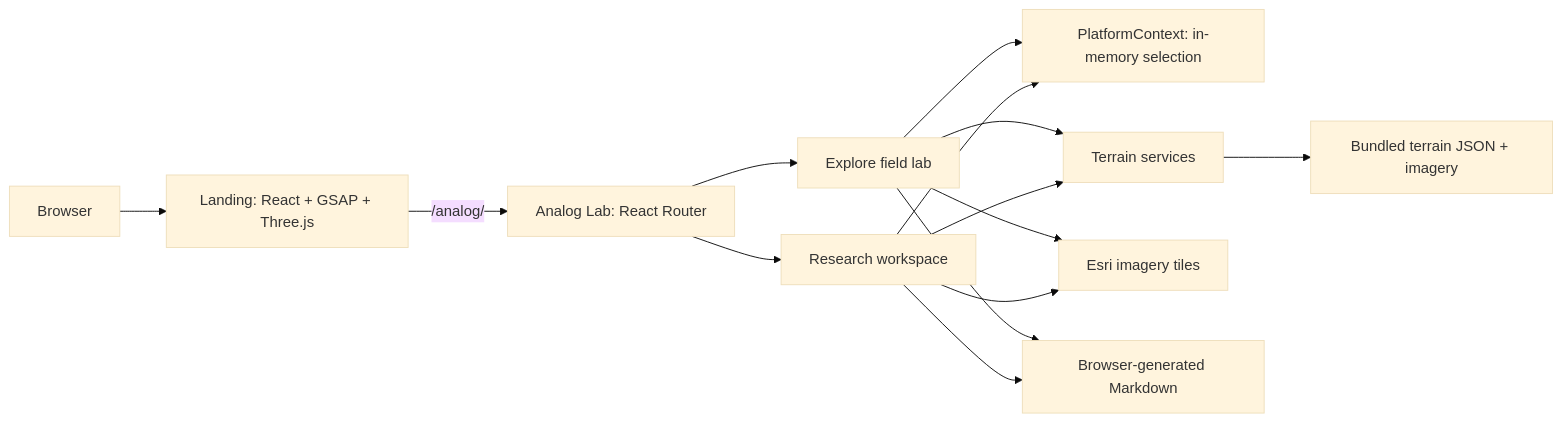
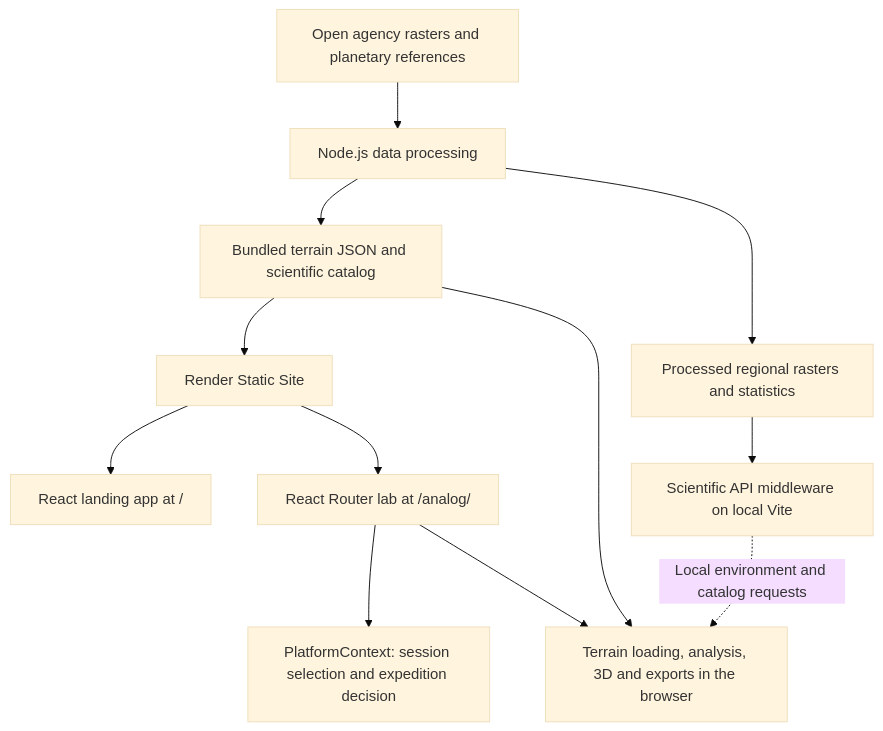
The fifth of 8 diagrams in README.md (anugrahks19/redshift), drawn with Mermaid (base theme) before and after one commit. The commit also changed other lines of this file and 247 other files, not shown here.

Commit message:
Add planetary analog backend, datasets, and 3D comparative science lab

````diff
--- a/README.md
+++ b/README.md
@@ -53,16 +105,14 @@
 ```mermaid
-flowchart LR
-    Browser --> Landing[Landing: React + GSAP + Three.js]
-    Landing -->|/analog/| Lab[Analog Lab: React Router]
-    Lab --> Explore[Explore field lab]
-    Lab --> Research[Research workspace]
-    Explore --> Context[PlatformContext: in-memory selection]
-    Research --> Context
-    Explore --> Terrain[Terrain services]
-    Research --> Terrain
-    Terrain --> Bundled[Bundled terrain JSON + imagery]
-    Explore --> Esri[Esri imagery tiles]
-    Research --> Esri
-    Explore --> Report[Browser-generated Markdown]
-    Research --> Report
+flowchart TD
+    Source["Open agency rasters and planetary references"] --> Pipeline["Node.js data processing"]
+    Pipeline --> Public["Bundled terrain JSON and scientific catalog"]
+    Pipeline --> Analysis["Processed regional rasters and statistics"]
+    Public --> Static["Render Static Site"]
+    Static --> Landing["React landing app at /"]
+    Static --> Lab["React Router lab at /analog/"]
+    Lab --> Context["PlatformContext: session selection and expedition decision"]
+    Lab --> Browser["Terrain loading, analysis, 3D and exports in the browser"]
+    Public --> Browser
+    Analysis --> API["Scientific API middleware on local Vite"]
+    API -.->|"Local environment and catalog requests"| Browser
 ```
````
